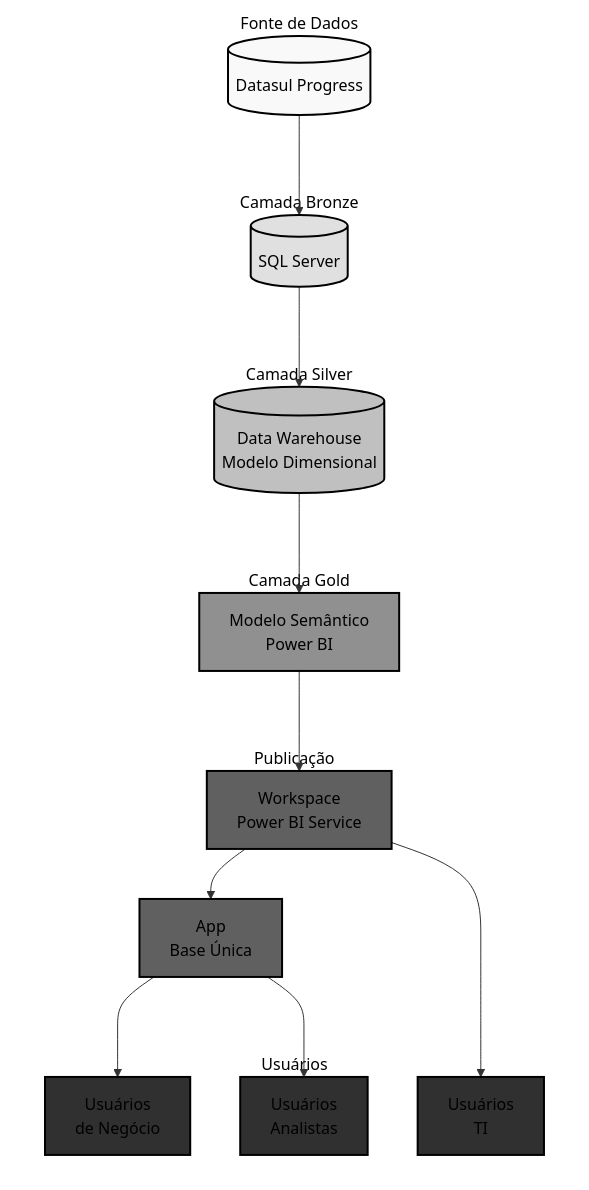
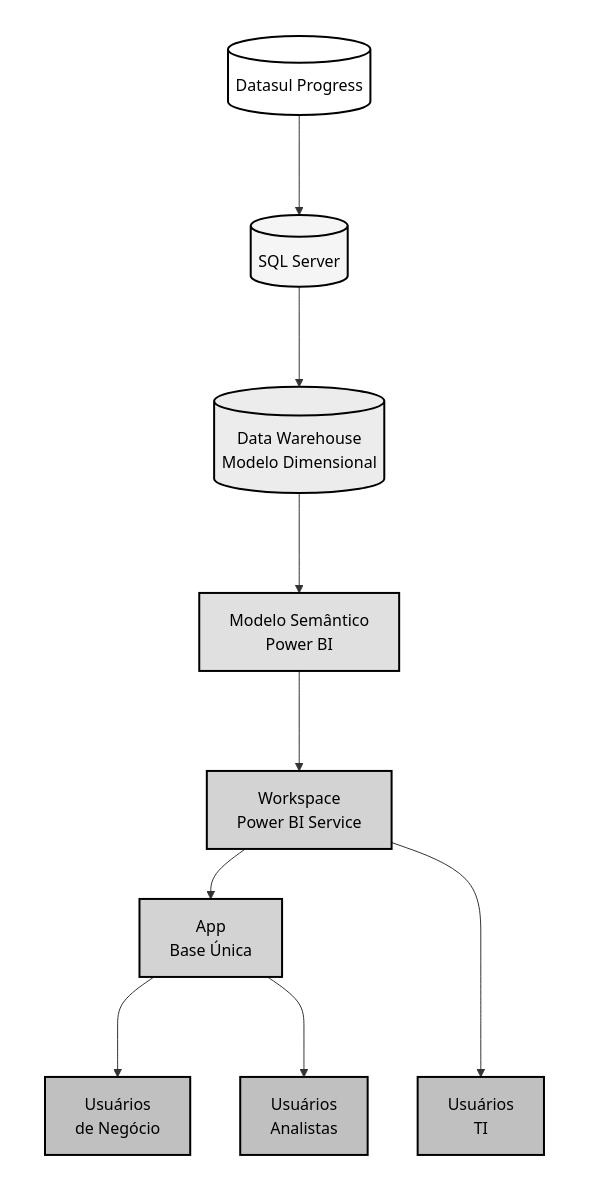
Before and after one commit to e-plo/nxs-powerbi: the diagram in docs/nxs-governance-pbi.md, drawn with Mermaid.

Commit message:
style: improve mermaid diagram contrast
- Adjust node colors for better visibility on dark background
- Set subgraph titles to white for contrast
- Lighten overall color scheme while maintaining hierarchy

````diff
--- a/docs/nxs-governance-pbi.md
+++ b/docs/nxs-governance-pbi.md
@@ -16,55 +16,55 @@
 ```mermaid
 flowchart TD
-    %% High contrast grayscale theme with black text
-    classDef source fill:#f9f9f9,stroke:#000000,stroke-width:2px,color:#000000
-    classDef bronze fill:#e0e0e0,stroke:#000000,stroke-width:2px,color:#000000
-    classDef silver fill:#c0c0c0,stroke:#000000,stroke-width:2px,color:#000000
-    classDef gold fill:#909090,stroke:#000000,stroke-width:2px,color:#000000
-    classDef publish fill:#606060,stroke:#000000,stroke-width:2px,color:#000000
-    classDef users fill:#303030,stroke:#000000,stroke-width:2px,color:#000000
+    %% High contrast light theme for better visibility
+    classDef source fill:#ffffff,stroke:#000000,stroke-width:2px,color:#000000
+    classDef bronze fill:#f5f5f5,stroke:#000000,stroke-width:2px,color:#000000
+    classDef silver fill:#ececec,stroke:#000000,stroke-width:2px,color:#000000
+    classDef gold fill:#e0e0e0,stroke:#000000,stroke-width:2px,color:#000000
+    classDef publish fill:#d3d3d3,stroke:#000000,stroke-width:2px,color:#000000
+    classDef users fill:#c0c0c0,stroke:#000000,stroke-width:2px,color:#000000
 
     subgraph Fonte["Fonte de Dados"]
         DS[(Datasul Progress)]
         class DS source
     end
 
     subgraph Bronze["Camada Bronze"]
         SQLServer[(SQL Server)]
         class SQLServer bronze
         DS --> SQLServer
     end
 
     subgraph Silver["Camada Silver"]
         DW[("Data Warehouse\nModelo Dimensional")]
         class DW silver
         SQLServer --> DW
     end
 
     subgraph Gold["Camada Gold"]
         SM["Modelo Semântico\nPower BI"]
         class SM gold
         DW --> SM
     end
 
     subgraph Publicacao["Publicação"]
         WS["Workspace\nPower BI Service"]
         APP["App\nBase Única"]
         class WS,APP publish
         SM --> WS
         WS --> APP
     end
 
     subgraph Usuarios["Usuários"]
         UN["Usuários\nde Negócio"]
         UA["Usuários\nAnalistas"]
         UT["Usuários\nTI"]
         class UN,UA,UT users
         APP --> UN
         APP --> UA
         WS --> UT
     end
 
     %% Style for subgraph titles
-    classDef subgraphStyle fill:none,stroke:none,color:black
+    classDef subgraphStyle fill:none,stroke:none,color:#ffffff
     class Fonte,Bronze,Silver,Gold,Publicacao,Usuarios subgraphStyle
 ```
````
